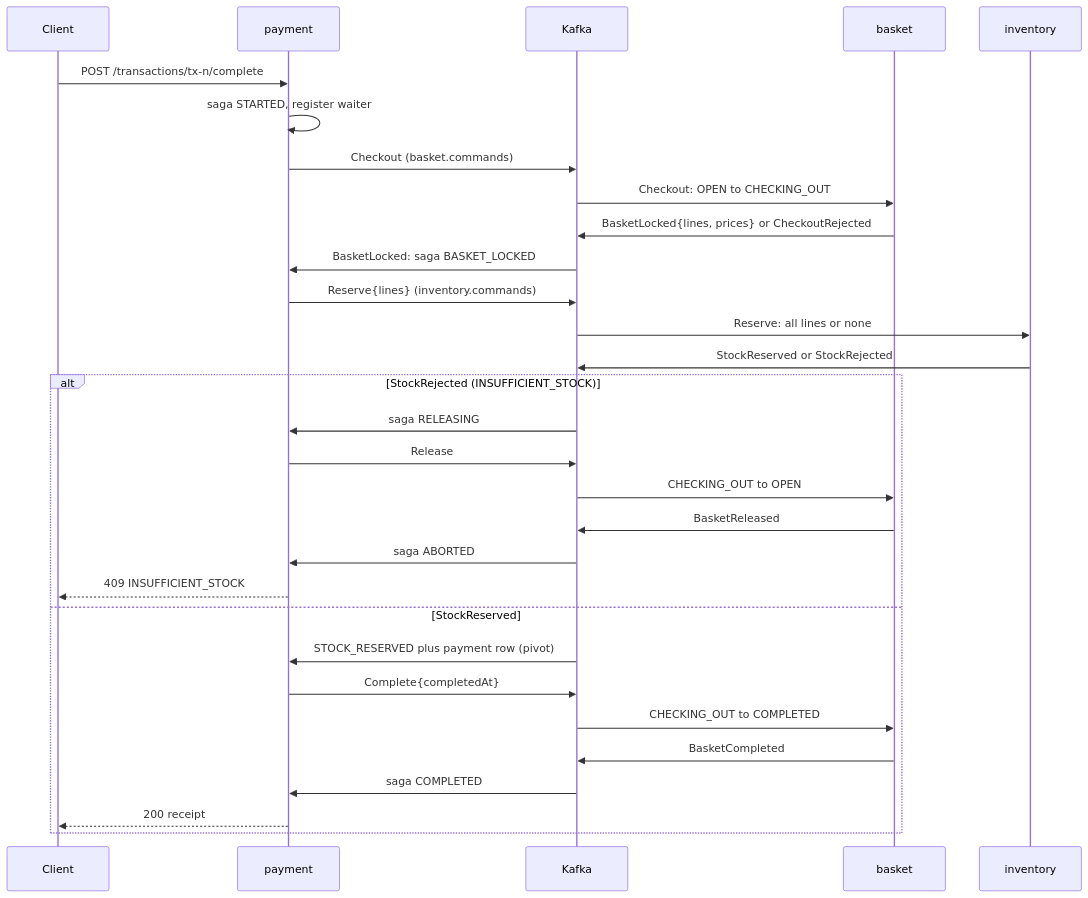
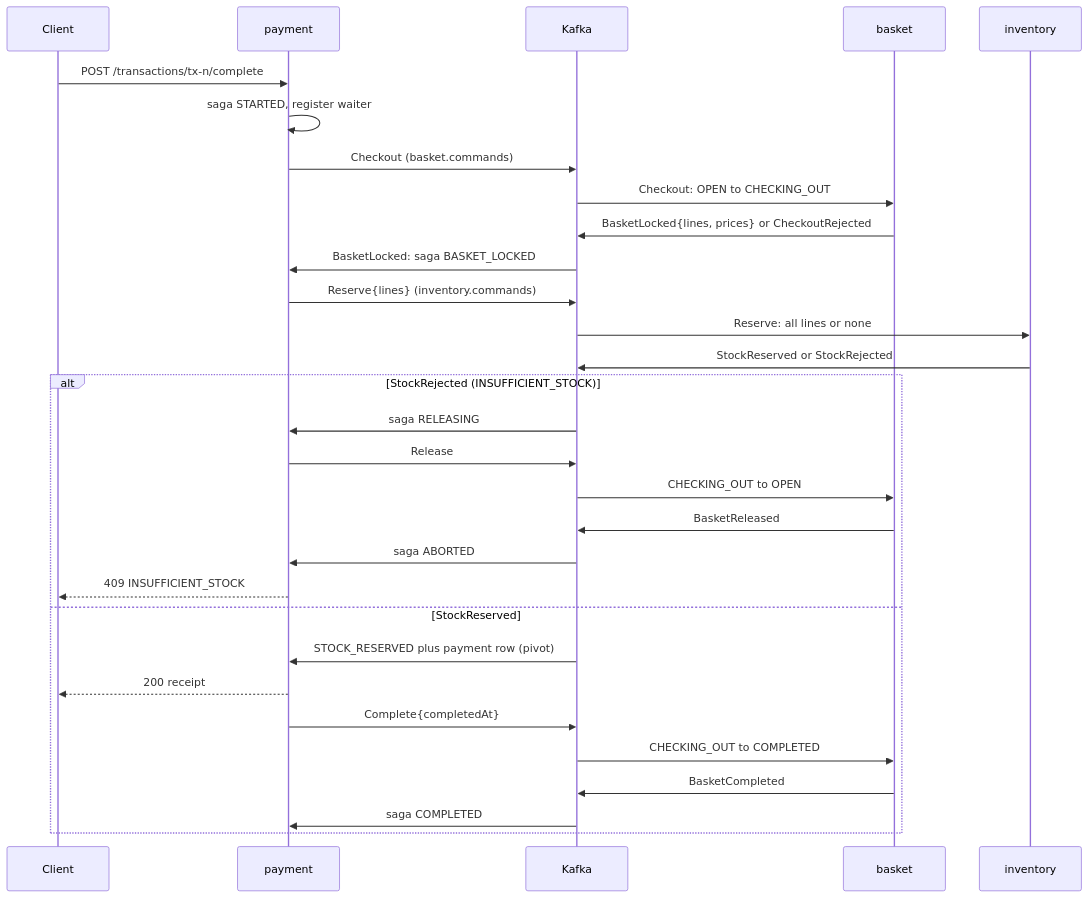
The diagram in event-based/README.md (SASUKE40/CS6510-2026), drawn with Mermaid before and after one commit. The commit also changed other lines of this file and 40 other files, not shown here.

````diff
--- a/event-based/README.md
+++ b/event-based/README.md
@@ -125,32 +132,32 @@
 ```mermaid
 sequenceDiagram
     participant C as Client
     participant P as payment
     participant K as Kafka
     participant B as basket
     participant I as inventory
     C->>P: POST /transactions/tx-n/complete
     P->>P: saga STARTED, register waiter
     P->>K: Checkout (basket.commands)
     K->>B: Checkout: OPEN to CHECKING_OUT
     B->>K: BasketLocked{lines, prices} or CheckoutRejected
     K->>P: BasketLocked: saga BASKET_LOCKED
     P->>K: Reserve{lines} (inventory.commands)
     K->>I: Reserve: all lines or none
     I->>K: StockReserved or StockRejected
     alt StockRejected (INSUFFICIENT_STOCK)
         K->>P: saga RELEASING
         P->>K: Release
         K->>B: CHECKING_OUT to OPEN
         B->>K: BasketReleased
         K->>P: saga ABORTED
         P-->>C: 409 INSUFFICIENT_STOCK
     else StockReserved
         K->>P: STOCK_RESERVED plus payment row (pivot)
+        P-->>C: 200 receipt
         P->>K: Complete{completedAt}
         K->>B: CHECKING_OUT to COMPLETED
         B->>K: BasketCompleted
         K->>P: saga COMPLETED
-        P-->>C: 200 receipt
     end
 ```
````
